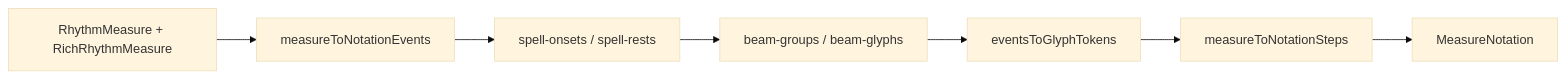
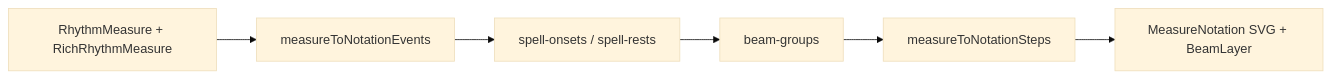
Before and after one commit to kylemichaelsullivan/poison-rhythm: the third of 3 diagrams in documentation/ARCHITECTURE.md, drawn with Mermaid (base theme). The commit also changed other lines of this file and 69 other files, not shown here.

````diff
--- a/documentation/ARCHITECTURE.md
+++ b/documentation/ARCHITECTURE.md
@@ -182,11 +183,10 @@
 ```mermaid
 flowchart LR
   measure[RhythmMeasure + RichRhythmMeasure]
   events[measureToNotationEvents]
   spell[spell-onsets / spell-rests]
-  beam[beam-groups / beam-glyphs]
-  tokens[eventsToGlyphTokens]
+  beam[beam-groups]
   steps[measureToNotationSteps]
-  ui[MeasureNotation]
-  measure --> events --> spell --> beam --> tokens --> steps --> ui
+  ui[MeasureNotation SVG + BeamLayer]
+  measure --> events --> spell --> beam --> steps --> ui
 ```
````
